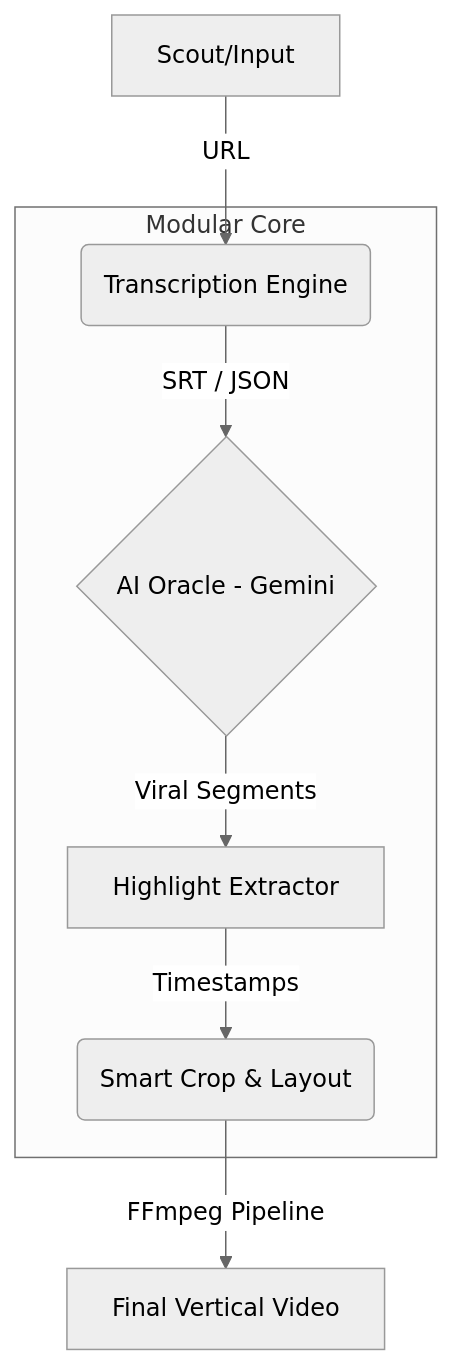
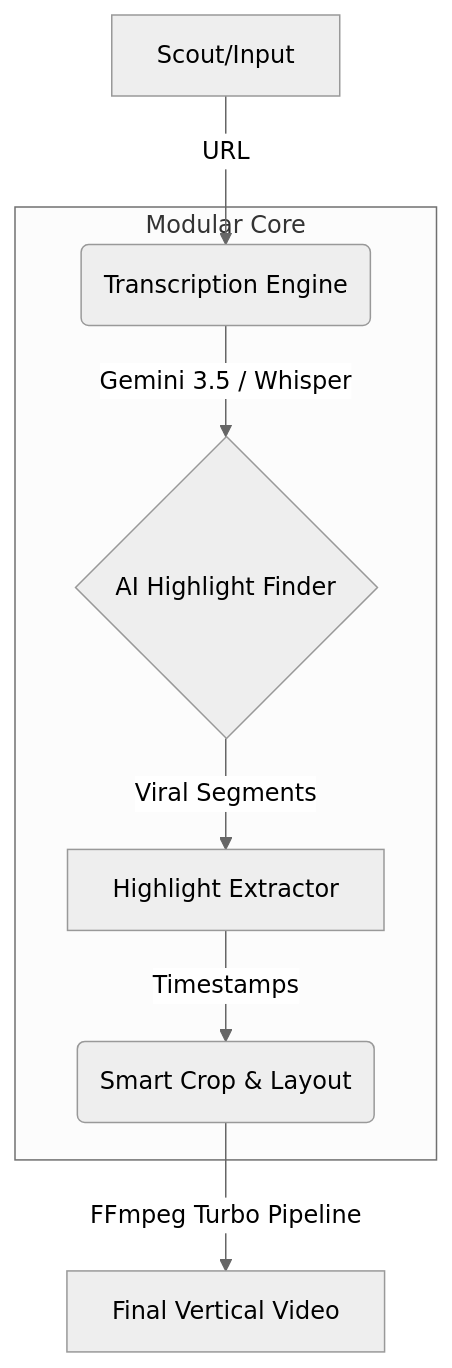
The diagram in README.md (random-or/shorts-clipper), drawn with Mermaid (neutral theme) before and after one commit. The commit also changed other lines of this file and 10 other files, not shown here.

````diff
--- a/README.md
+++ b/README.md
@@ -44,15 +43,15 @@
 ```mermaid
 graph TD;
     A[Scout/Input] -->|URL| B(Transcription Engine)
-    B -->|SRT / JSON| C{AI Oracle - Gemini}
+    B -->|Gemini 3.5 / Whisper| C{AI Highlight Finder}
     C -->|Viral Segments| D[Highlight Extractor]
     D -->|Timestamps| E(Smart Crop & Layout)
-    E -->|FFmpeg Pipeline| F[Final Vertical Video]
+    E -->|FFmpeg Turbo Pipeline| F[Final Vertical Video]
     
     subgraph Modular Core
     B
     C
     D
     E
     end
 ```
````
